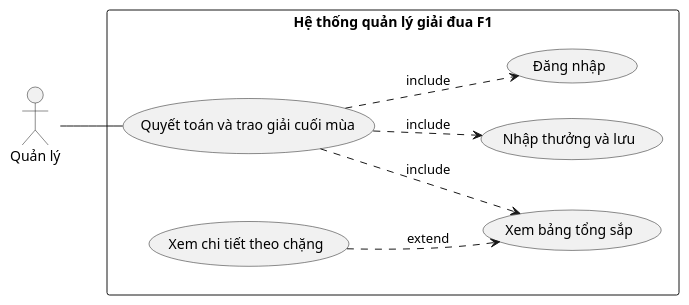
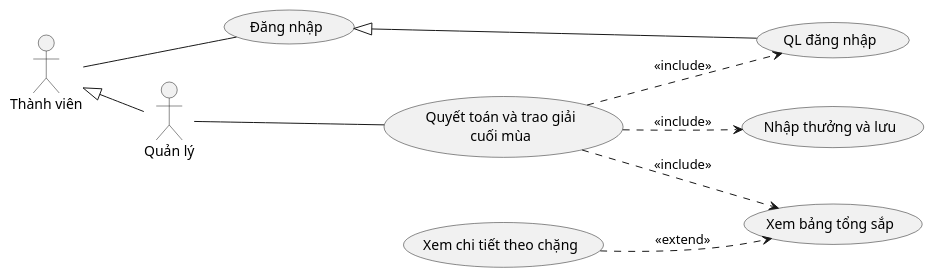
One commit to 7gho/CNPM-He2026 changed the first of 6 diagrams in Module 4 - Thanh/noi-dung.md. Above: the diagram before and after it, drawn with PlantUML. The commit also changed other lines of this file and 41 other files, not shown here.

````diff
--- a/Module 4 - Thanh/noi-dung.md
+++ b/Module 4 - Thanh/noi-dung.md
@@ -49,18 +49,25 @@
 ```plantuml
 @startuml
 left to right direction
+
+actor "Thành viên" as TV
 actor "Quản lý" as QL
-rectangle "Hệ thống quản lý giải đua F1" {
-  usecase "Quyết toán và trao giải cuối mùa" as UC
-  usecase "Đăng nhập" as DN
-  usecase "Xem bảng tổng sắp" as XH
-  usecase "Xem chi tiết theo chặng" as CT
-  usecase "Nhập thưởng và lưu" as NT
-  UC ..> DN : include
-  UC ..> XH : include
-  UC ..> NT : include
-  CT ..> XH : extend
-}
+TV <|-- QL
+
+usecase "Đăng nhập" as DN
+usecase "QL đăng nhập" as QLDN
+usecase "Quyết toán và trao giải\ncuối mùa" as UC
+usecase "Xem bảng tổng sắp" as XH
+usecase "Nhập thưởng và lưu" as NT
+usecase "Xem chi tiết theo chặng" as CT
+
+TV -- DN
 QL -- UC
+
+DN <|-- QLDN
+UC ..> QLDN : <<include>>
+UC ..> XH : <<include>>
+UC ..> NT : <<include>>
+CT ..> XH : <<extend>>
 @enduml
 ```
````
